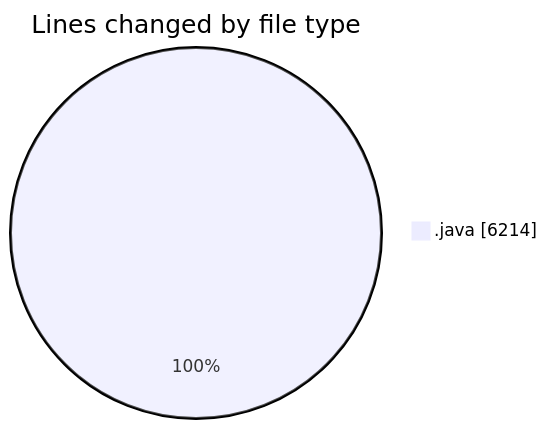
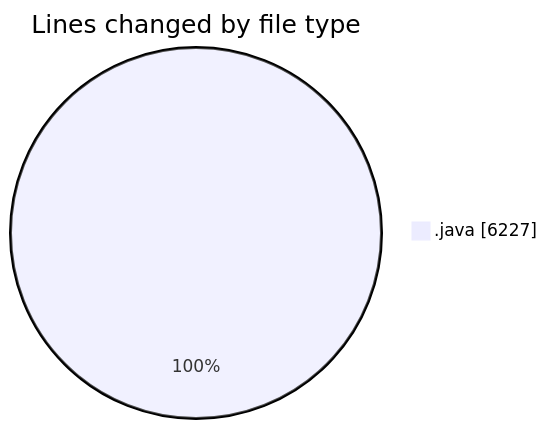
The first of 2 diagrams in 2026-04-09/cilapp/README.md (ricardozamudiocil/code-tracking), drawn with Mermaid before and after one commit. The commit also changed other lines of this file and 1 other file, not shown here.

````diff
--- a/2026-04-09/cilapp/README.md
+++ b/2026-04-09/cilapp/README.md
@@ -27,5 +27,5 @@
 ```mermaid
 pie showData
 title Lines changed by file type
-".java" : 6214
+".java" : 6227
 ```
````
